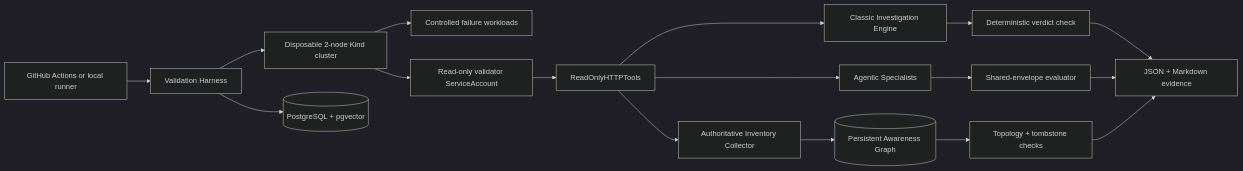
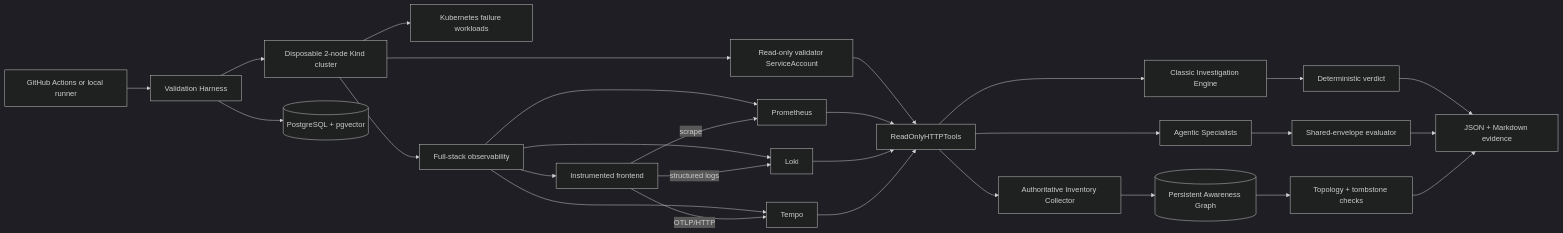
Before and after one commit to marcocristofolini/ai-sre-rca: the diagram in validation/README.md, drawn with Mermaid (dark theme). The commit also changed other lines of this file and 31 other files, not shown here.

Commit message:
release-v0.8.0-rc.2-full-stack-observability-validation

````diff
--- a/validation/README.md
+++ b/validation/README.md
@@ -39,19 +46,36 @@
 ```mermaid
 flowchart LR
     CI[GitHub Actions or local runner] --> H[Validation Harness]
     H --> K[Disposable 2-node Kind cluster]
     H --> PG[(PostgreSQL + pgvector)]
-    K --> F[Controlled failure workloads]
+
+    K --> KF[Kubernetes failure workloads]
+    K --> OBS[Full-stack observability]
+    OBS --> PROM[Prometheus]
+    OBS --> LOKI[Loki]
+    OBS --> TEMPO[Tempo]
+    OBS --> APP[Instrumented frontend]
+
+    APP -->|scrape| PROM
+    APP -->|structured logs| LOKI
+    APP -->|OTLP/HTTP| TEMPO
+
     K --> SA[Read-only validator ServiceAccount]
     SA --> T[ReadOnlyHTTPTools]
-    T --> I[Classic Investigation Engine]
-    T --> A[Agentic Specialists]
+    PROM --> T
+    LOKI --> T
+    TEMPO --> T
+
+    T --> CLASSIC[Classic Investigation Engine]
+    T --> AGENT[Agentic Specialists]
     T --> INV[Authoritative Inventory Collector]
+
     INV --> G[(Persistent Awareness Graph)]
-    I --> V[Deterministic verdict check]
-    A --> E[Shared-envelope evaluator]
+    CLASSIC --> V[Deterministic verdict]
+    AGENT --> E[Shared-envelope evaluator]
     G --> R[Topology + tombstone checks]
+
     V --> REP[JSON + Markdown evidence]
     E --> REP
     R --> REP
 ```
````
